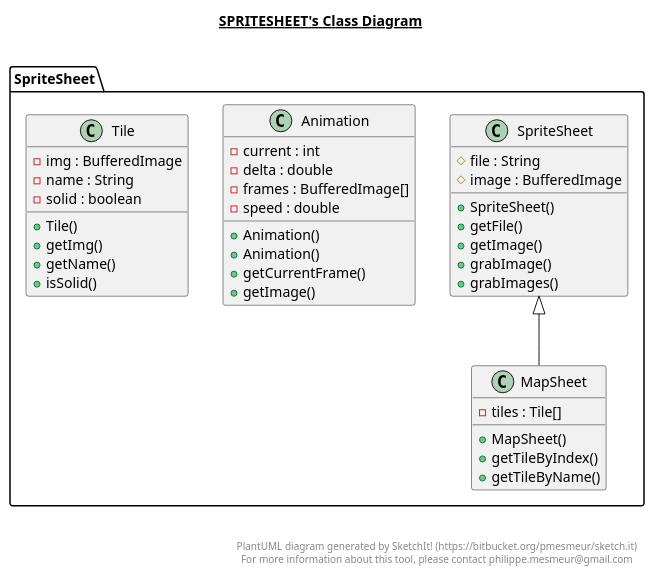
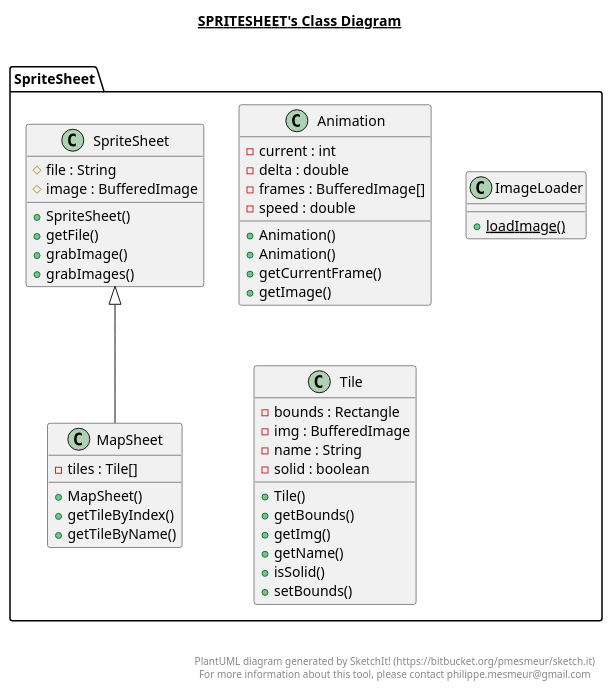
One commit to IulianMurariu-Tanasache/ProiectPAOO_FirstDungeon changed the diagram in src/SpriteSheet/SpriteSheet.plantuml. Above: the diagram before and after it, drawn with PlantUML. The commit also changed 186 other files, not shown here.

```diff
--- a/src/SpriteSheet/SpriteSheet.plantuml
+++ b/src/SpriteSheet/SpriteSheet.plantuml
@@ -1,65 +1,74 @@
 @startuml
 
 title __SPRITESHEET's Class Diagram__\n
 
   namespace SpriteSheet {
     class SpriteSheet.Animation {
         - current : int
         - delta : double
         - frames : BufferedImage[]
         - speed : double
         + Animation()
         + Animation()
         + getCurrentFrame()
         + getImage()
+    }
+  }
+  
+
+  namespace SpriteSheet {
+    class SpriteSheet.ImageLoader {
+        {static} + loadImage()
     }
   }
   
 
   namespace SpriteSheet {
     class SpriteSheet.MapSheet {
         - tiles : Tile[]
         + MapSheet()
         + getTileByIndex()
         + getTileByName()
     }
   }
   
 
   namespace SpriteSheet {
     class SpriteSheet.SpriteSheet {
         # file : String
         # image : BufferedImage
         + SpriteSheet()
         + getFile()
-        + getImage()
         + grabImage()
         + grabImages()
     }
   }
   
 
   namespace SpriteSheet {
     class SpriteSheet.Tile {
+        - bounds : Rectangle
         - img : BufferedImage
         - name : String
         - solid : boolean
         + Tile()
+        + getBounds()
         + getImg()
         + getName()
         + isSolid()
+        + setBounds()
     }
   }
   
 
   SpriteSheet.MapSheet -up-|> SpriteSheet.SpriteSheet
 
 
 right footer
 
 
 PlantUML diagram generated by SketchIt! (https://bitbucket.org/pmesmeur/sketch.it)
 For more information about this tool, please contact philippe.mesmeur@gmail.com
 endfooter
 
 @enduml
```
